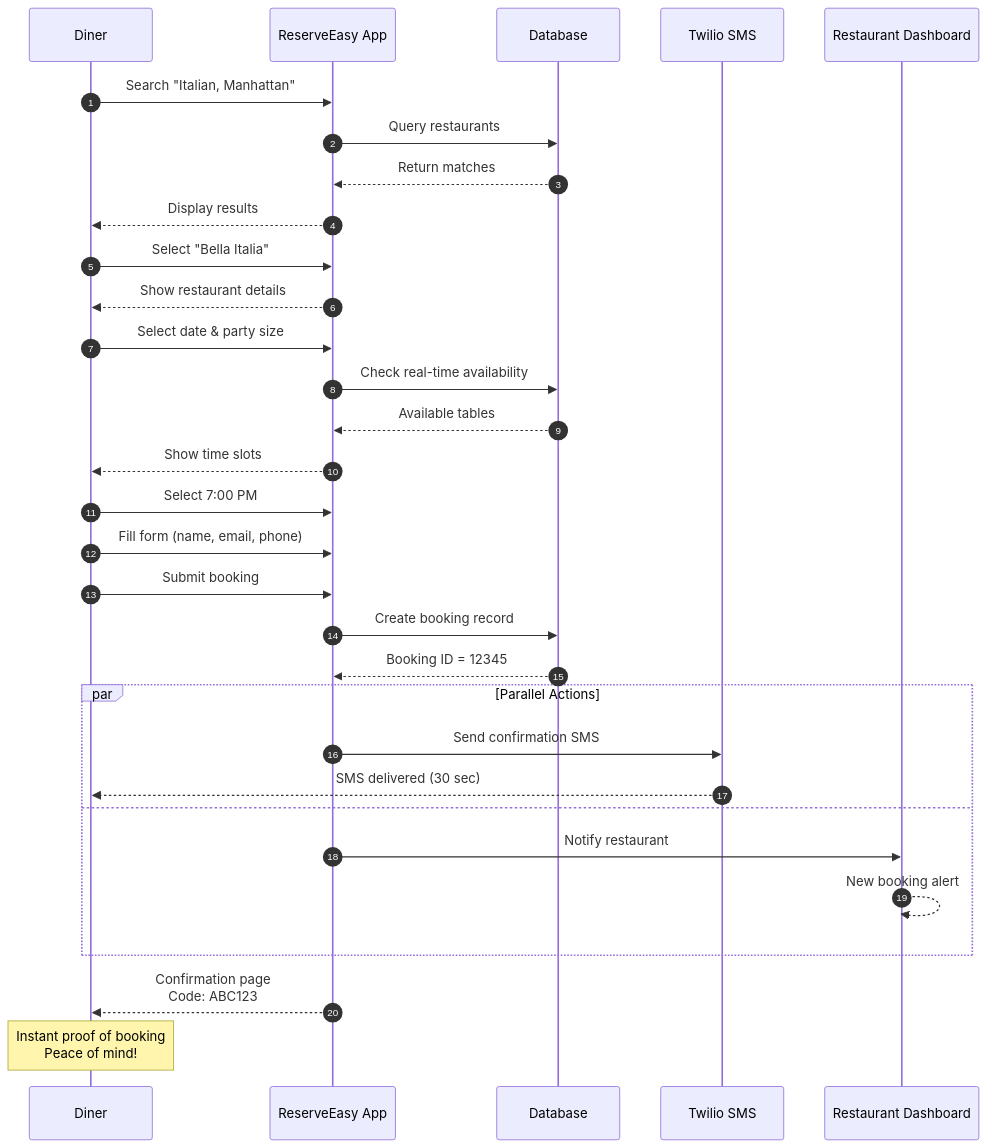
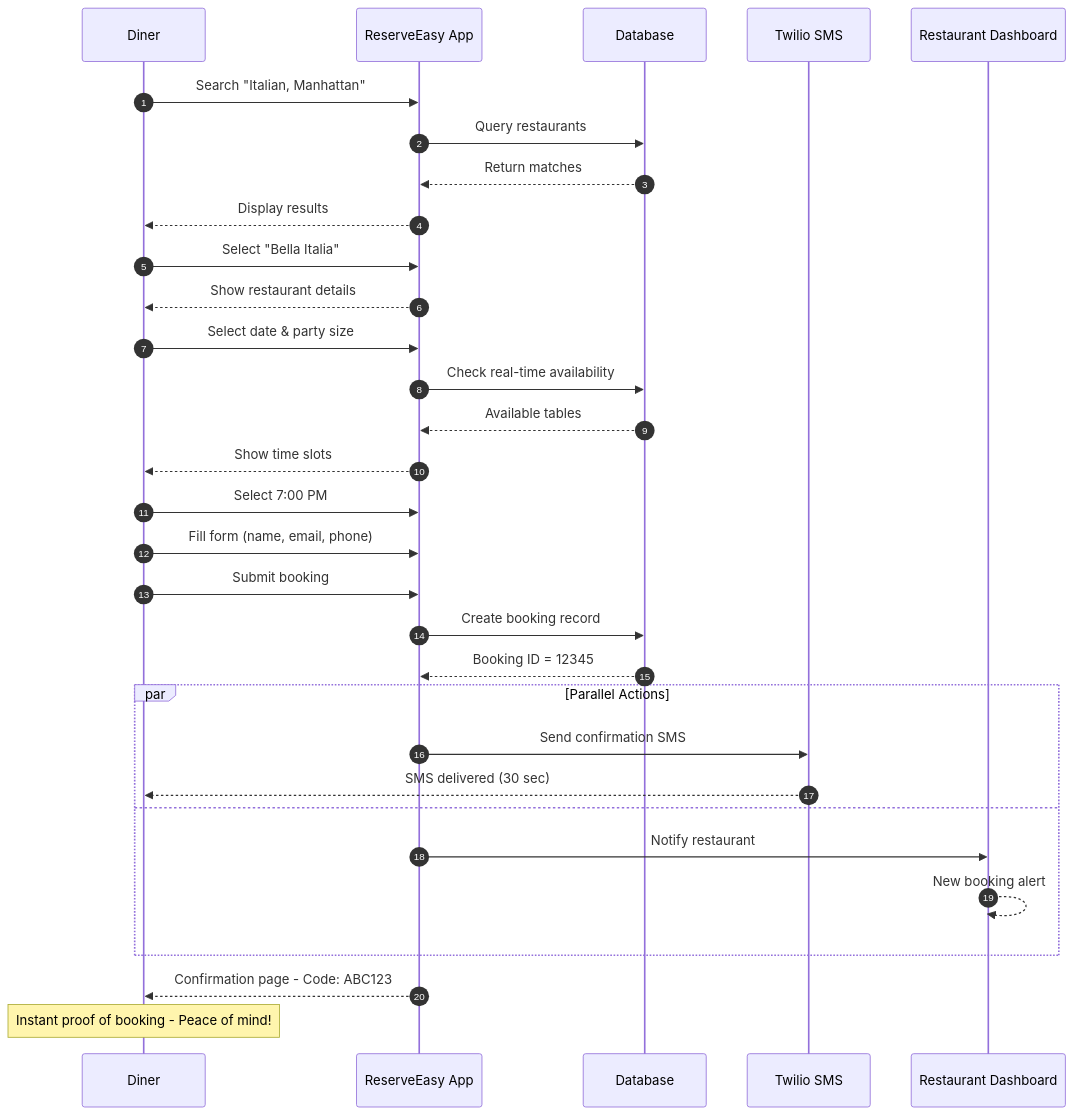
Before and after one commit to codezelaca/pm-ba-lifecycle: the second of 5 diagrams in 02-reserve-easy-project/03-design/process-maps.md, drawn with Mermaid. The commit also changed other lines of this file and 11 other files, not shown here.

Commit message:
docs: standardize multi-line text formatting in diagrams and tables by replacing HTML line breaks with hyphens.

````diff
--- a/02-reserve-easy-project/03-design/process-maps.md
+++ b/02-reserve-easy-project/03-design/process-maps.md
@@ -59,41 +59,41 @@
 ```mermaid
 sequenceDiagram
     autonumber
     participant D as Diner
     participant A as ReserveEasy App
     participant DB as Database
     participant SMS as Twilio SMS
     participant RD as Restaurant Dashboard
 
     D->>A: Search "Italian, Manhattan"
     A->>DB: Query restaurants
     DB-->>A: Return matches
     A-->>D: Display results
 
     D->>A: Select "Bella Italia"
     A-->>D: Show restaurant details
 
     D->>A: Select date & party size
     A->>DB: Check real-time availability
     DB-->>A: Available tables
     A-->>D: Show time slots
 
     D->>A: Select 7:00 PM
     D->>A: Fill form (name, email, phone)
     D->>A: Submit booking
 
     A->>DB: Create booking record
     DB-->>A: Booking ID = 12345
 
     par Parallel Actions
         A->>SMS: Send confirmation SMS
         SMS-->>D: SMS delivered (30 sec)
         and
         A->>RD: Notify restaurant
         RD-->>RD: New booking alert
     end
 
-    A-->>D: Confirmation page<br/>Code: ABC123
+    A-->>D: Confirmation page - Code: ABC123
 
-    Note over D: Instant proof of booking<br/>Peace of mind!
+    Note over D: Instant proof of booking - Peace of mind!
 ```
````
